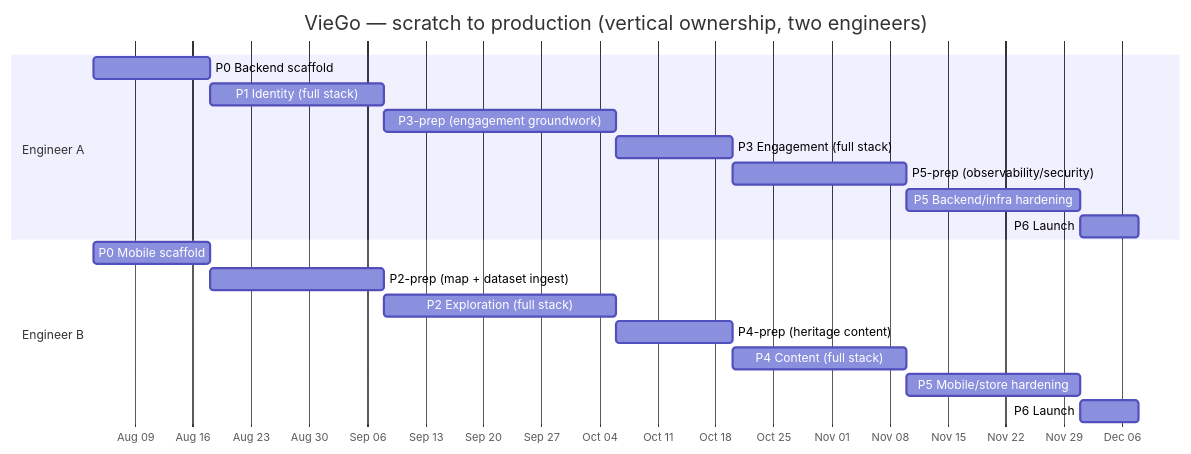
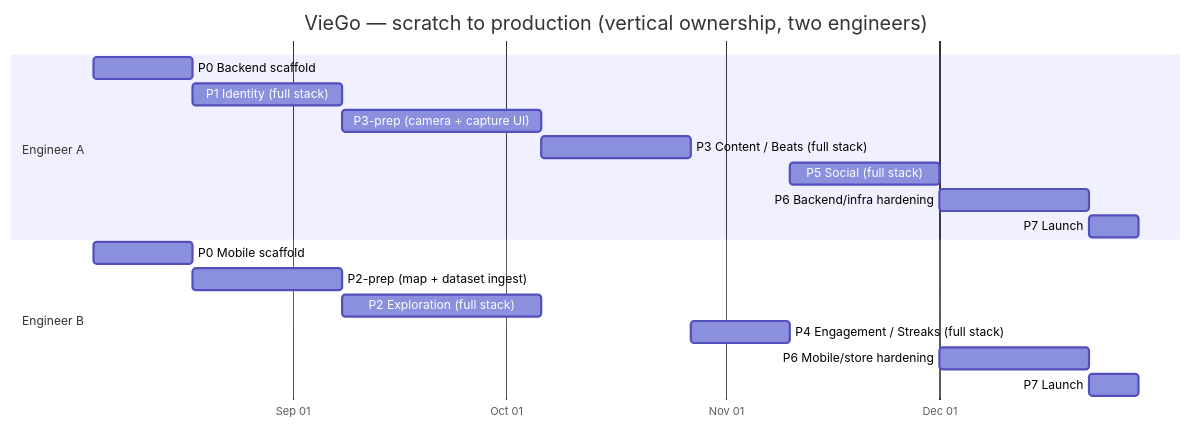
The diagram in docs/02-process-documentation/plans-estimates-schedules.md (Vie-Go/viego-monorepo), drawn with Mermaid before and after one commit. The commit also changed other lines of this file and 53 other files, not shown here.

````diff
--- a/docs/02-process-documentation/plans-estimates-schedules.md
+++ b/docs/02-process-documentation/plans-estimates-schedules.md
@@ -53,22 +51,21 @@
 ```mermaid
 gantt
   title VieGo — scratch to production (vertical ownership, two engineers)
   dateFormat  YYYY-MM-DD
   axisFormat  %b %d
   section Engineer A
   P0 Backend scaffold                 :a0, 2026-08-04, 2w
   P1 Identity (full stack)            :a1, after a0, 3w
-  P3-prep (engagement groundwork)     :a2prep, after a1, 4w
-  P3 Engagement (full stack)          :a3, after b2, 2w
-  P5-prep (observability/security)    :a4prep, after a3, 3w
-  P5 Backend/infra hardening          :a5, after b4, 3w
-  P6 Launch                           :a6, after a5, 1w
+  P3-prep (camera + capture UI)       :a2prep, after a1, 4w
+  P3 Content / Beats (full stack)     :a3, after b2, 3w
+  P5 Social (full stack)              :a5, after b4, 3w
+  P6 Backend/infra hardening          :a6, after a5, 3w
+  P7 Launch                           :a7, after b6, 1w
   section Engineer B
   P0 Mobile scaffold                  :b0, 2026-08-04, 2w
   P2-prep (map + dataset ingest)      :b1prep, after b0, 3w
   P2 Exploration (full stack)         :b2, after a1, 4w
-  P4-prep (heritage content)          :b3prep, after b2, 2w
-  P4 Content (full stack)             :b4, after a3, 3w
-  P5 Mobile/store hardening           :b5, after b4, 3w
-  P6 Launch                           :b6, after b5, 1w
+  P4 Engagement / Streaks (full stack):b4, after a3, 2w
+  P6 Mobile/store hardening           :b6, after a5, 3w
+  P7 Launch                           :b7, after b6, 1w
 ```
````
